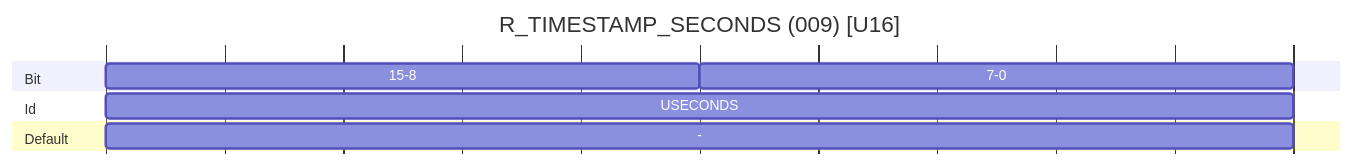
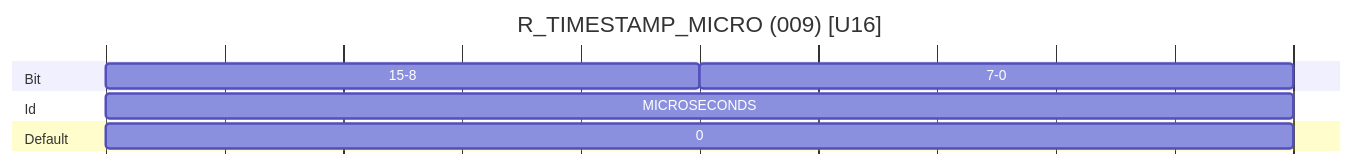
Before and after one commit to harp-tech/protocol: the third of 19 diagrams in Device.md, drawn with Mermaid. The commit also changed other lines of this file, not shown here.

````diff
--- a/Device.md
+++ b/Device.md
@@ -128,20 +139,20 @@
 ```mermaid
 ---
 displayMode: compact
 ---
 
 gantt
-    title R_TIMESTAMP_SECONDS (009) [U16]
+    title R_TIMESTAMP_MICRO (009) [U16]
 
     dateFormat X
     axisFormat %
     tickInterval 0
 
     section Bit
     15-8      :byte1, 0, 1
     7-0      :byte0, after byte1  , 2
     section Id
-    USECONDS      :id1, 0, 2
+    MICROSECONDS      :id1, 0, 2
     section Default
-    -      :d1, 0, 2
+    0      :d1, 0, 2
 ```
````
